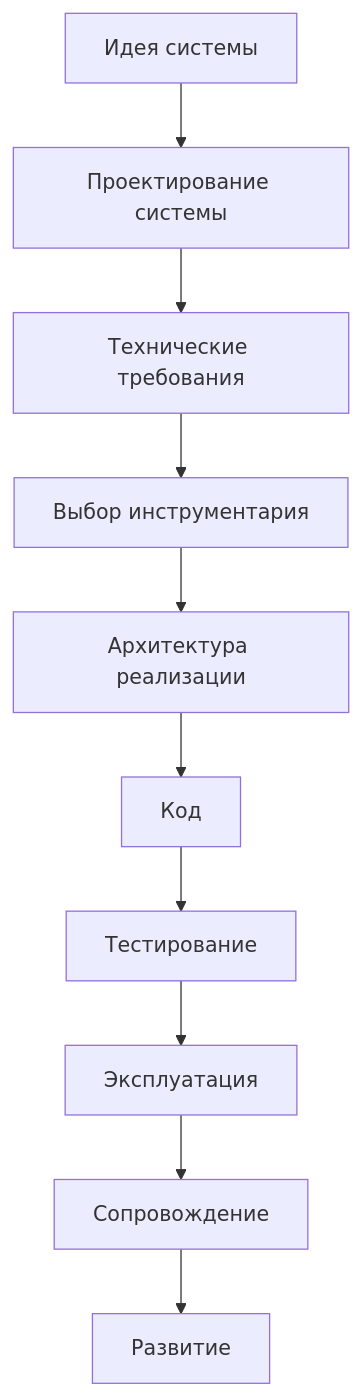
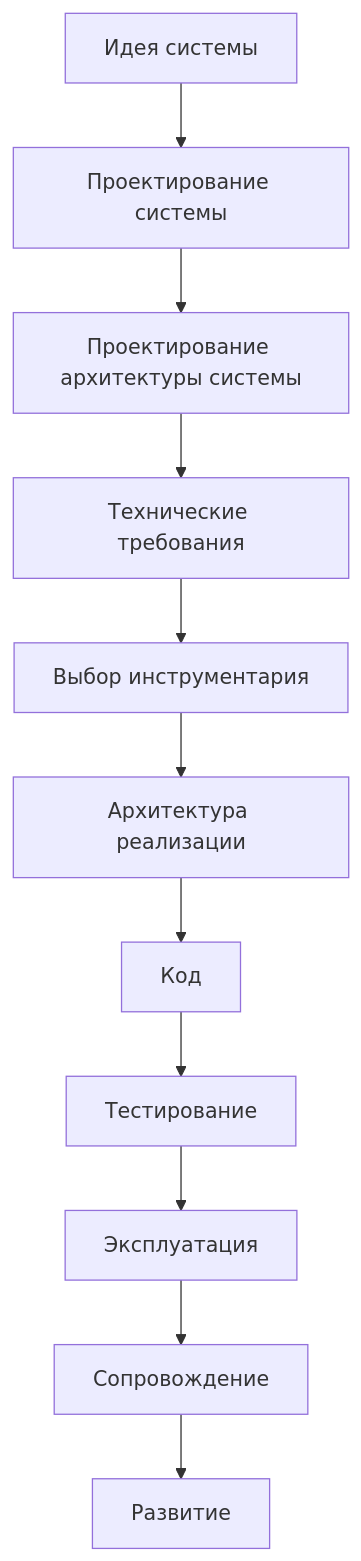
One commit to Mvil34998/Programming-Digital-Systems changed the first of 3 diagrams in docs/00_maps/Documentation_Map.md. Above: the diagram before and after it, drawn with Mermaid. The commit also changed other lines of this file, not shown here.

Commit message:
Add system architecture design to documentation map

````diff
--- a/docs/00_maps/Documentation_Map.md
+++ b/docs/00_maps/Documentation_Map.md
@@ -226,12 +232,13 @@
 ```mermaid
 flowchart TD
     A[Идея системы] --> B[Проектирование системы]
-    B --> C[Технические требования]
-    C --> D[Выбор инструментария]
-    D --> E[Архитектура реализации]
-    E --> F[Код]
-    F --> G[Тестирование]
-    G --> H[Эксплуатация]
-    H --> I[Сопровождение]
-    I --> J[Развитие]
+    B --> C[Проектирование архитектуры системы]
+    C --> D[Технические требования]
+    D --> E[Выбор инструментария]
+    E --> F[Архитектура реализации]
+    F --> G[Код]
+    G --> H[Тестирование]
+    H --> I[Эксплуатация]
+    I --> J[Сопровождение]
+    J --> K[Развитие]
 ```
````
